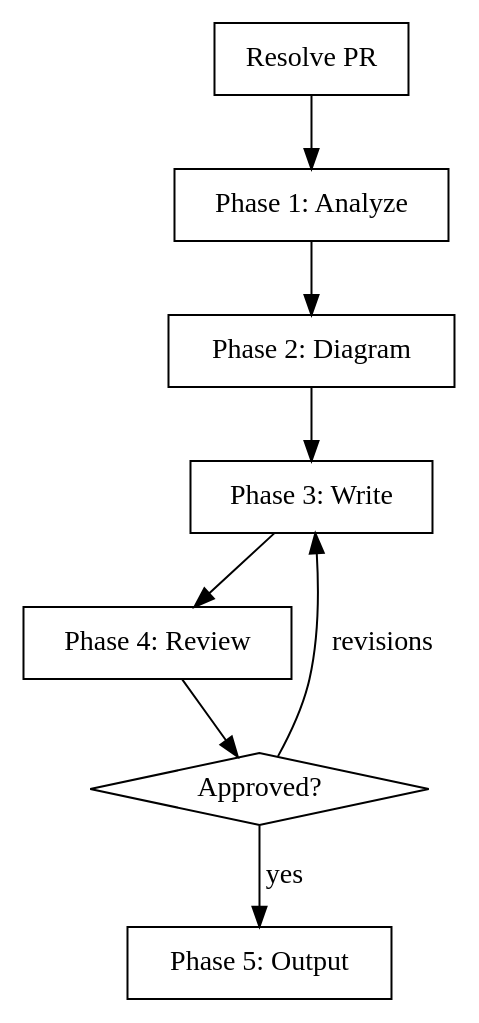
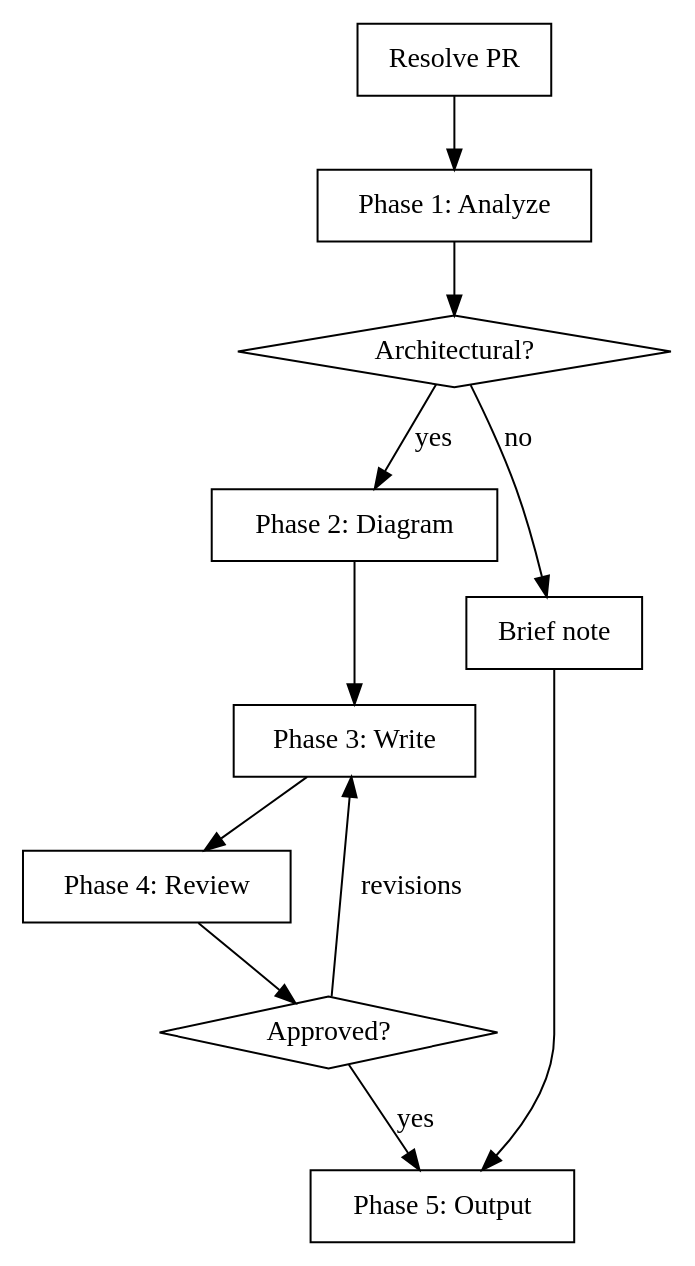
Before and after one commit to AlemTuzlak/skills: the diagram in architecture-impact/SKILL.md, drawn with Graphviz. The commit also changed other lines of this file, not shown here.

First line of the commit message:
Fix all reviewed gaps in architecture-impact skill

````diff
--- a/architecture-impact/SKILL.md
+++ b/architecture-impact/SKILL.md
@@ -22,20 +22,25 @@
 ```dot
 digraph architecture_impact {
     rankdir=TB;
     "Resolve PR" [shape=box];
     "Phase 1: Analyze" [shape=box];
+    "Architectural?" [shape=diamond];
     "Phase 2: Diagram" [shape=box];
     "Phase 3: Write" [shape=box];
     "Phase 4: Review" [shape=box];
     "Approved?" [shape=diamond];
     "Phase 5: Output" [shape=box];
+    "Brief note" [shape=box];
 
     "Resolve PR" -> "Phase 1: Analyze";
-    "Phase 1: Analyze" -> "Phase 2: Diagram";
+    "Phase 1: Analyze" -> "Architectural?";
+    "Architectural?" -> "Phase 2: Diagram" [label="yes"];
+    "Architectural?" -> "Brief note" [label="no"];
+    "Brief note" -> "Phase 5: Output";
     "Phase 2: Diagram" -> "Phase 3: Write";
     "Phase 3: Write" -> "Phase 4: Review";
     "Phase 4: Review" -> "Approved?";
     "Approved?" -> "Phase 3: Write" [label="revisions"];
     "Approved?" -> "Phase 5: Output" [label="yes"];
 }
 ```
````
